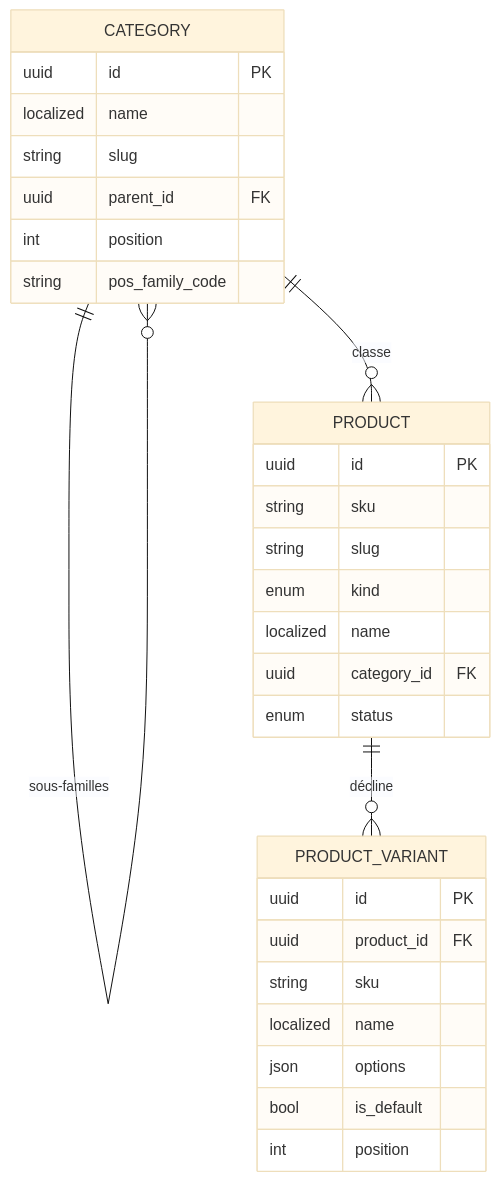
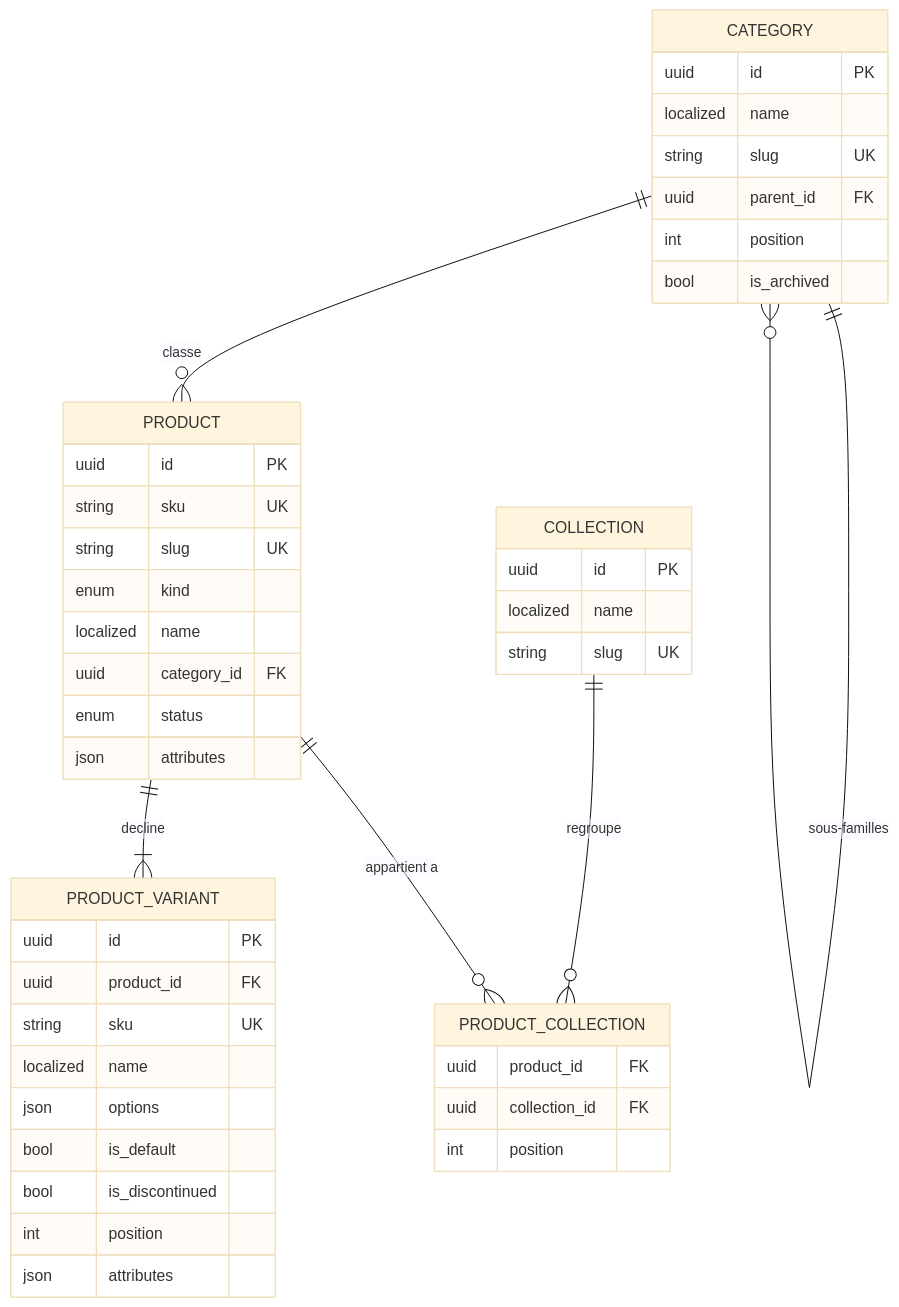
Before and after one commit to hugoheynard/lfd: the second of 2 diagrams in documentation/chevallot/data-model/02-catalogue-items.md, drawn with Mermaid (base theme). The commit also changed other lines of this file and 8 other files, not shown here.

````diff
--- a/documentation/chevallot/data-model/02-catalogue-items.md
+++ b/documentation/chevallot/data-model/02-catalogue-items.md
@@ -32,33 +36,48 @@
 ```mermaid
 erDiagram
-    CATEGORY ||--o{ CATEGORY : "sous-familles"
-    CATEGORY ||--o{ PRODUCT : classe
-    PRODUCT  ||--o{ PRODUCT_VARIANT : "décline"
+    CATEGORY   ||--o{ CATEGORY : "sous-familles"
+    CATEGORY   ||--o{ PRODUCT : classe
+    PRODUCT    ||--|{ PRODUCT_VARIANT : "decline"
+    COLLECTION ||--o{ PRODUCT_COLLECTION : regroupe
+    PRODUCT    ||--o{ PRODUCT_COLLECTION : "appartient a"
 
     PRODUCT {
         uuid id PK
-        string sku
-        string slug
+        string sku UK
+        string slug UK
         enum kind
         localized name
         uuid category_id FK
         enum status
+        json attributes
     }
     PRODUCT_VARIANT {
         uuid id PK
         uuid product_id FK
-        string sku
+        string sku UK
         localized name
         json options
         bool is_default
+        bool is_discontinued
         int position
+        json attributes
     }
     CATEGORY {
         uuid id PK
         localized name
-        string slug
+        string slug UK
         uuid parent_id FK
         int position
-        string pos_family_code
+        bool is_archived
+    }
+    COLLECTION {
+        uuid id PK
+        localized name
+        string slug UK
+    }
+    PRODUCT_COLLECTION {
+        uuid product_id FK
+        uuid collection_id FK
+        int position
     }
 ```
````
